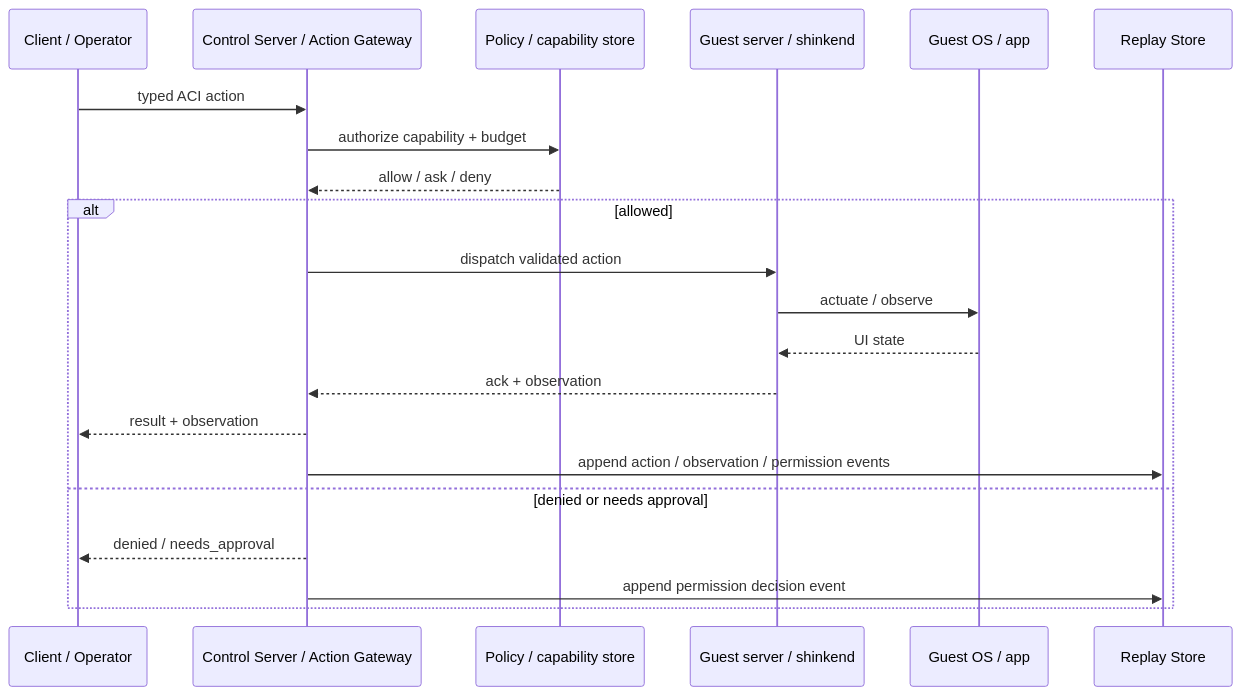
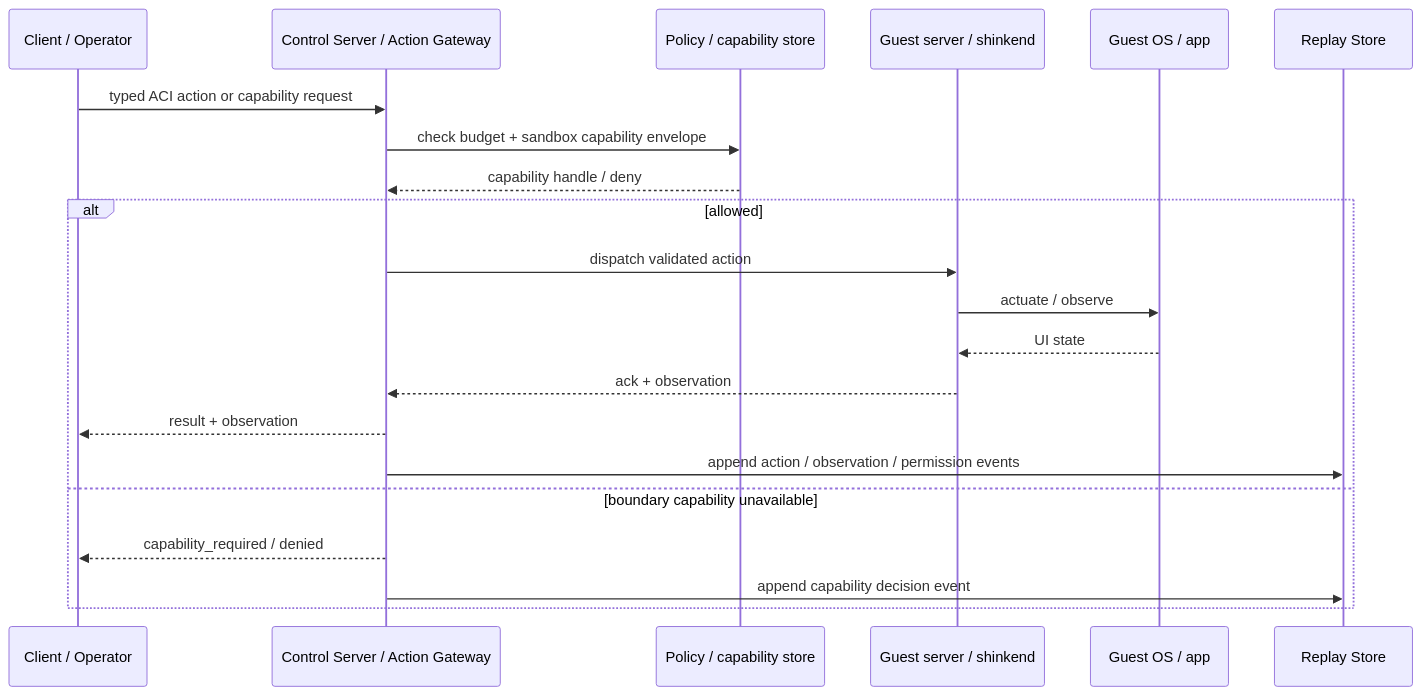
Before and after one commit to Meirtz/Shinken: the second of 6 diagrams in docs/02-architecture.md, drawn with Mermaid. The commit also changed other lines of this file and 12 other files, not shown here.

````diff
--- a/docs/02-architecture.md
+++ b/docs/02-architecture.md
@@ -110,24 +110,24 @@
 ```mermaid
 sequenceDiagram
     participant C as Client / Operator
     participant G as Control Server / Action Gateway
     participant P as Policy / capability store
     participant S as Guest server / shinkend
     participant A as Guest OS / app
     participant R as Replay Store
 
-    C->>G: typed ACI action
-    G->>P: authorize capability + budget
-    P-->>G: allow / ask / deny
+    C->>G: typed ACI action or capability request
+    G->>P: check budget + sandbox capability envelope
+    P-->>G: capability handle / deny
     alt allowed
         G->>S: dispatch validated action
         S->>A: actuate / observe
         A-->>S: UI state
         S-->>G: ack + observation
         G-->>C: result + observation
         G->>R: append action / observation / permission events
-    else denied or needs approval
-        G-->>C: denied / needs_approval
-        G->>R: append permission decision event
+    else boundary capability unavailable
+        G-->>C: capability_required / denied
+        G->>R: append capability decision event
     end
 ```
````
